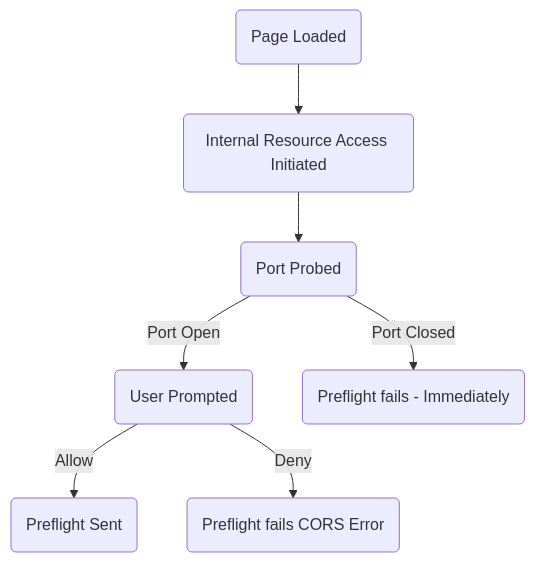
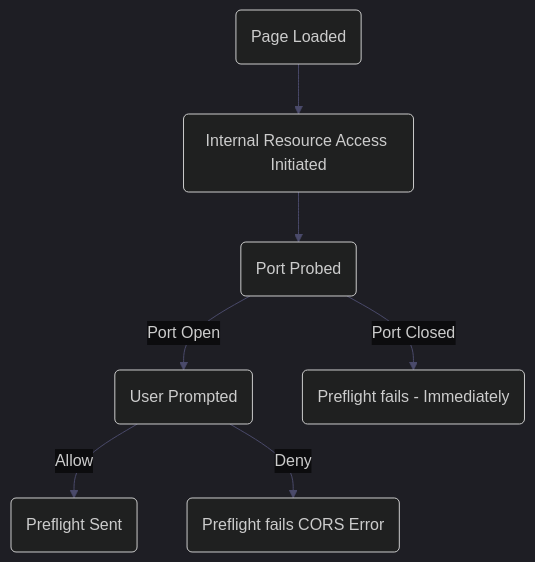
One commit to notnotnotveg/notnotnotveg.github.io changed the diagram in _posts/2010-02-15-placeholder.md. Above: the diagram before and after it, drawn with Mermaid. The commit also changed other lines of this file, not shown here.

```diff
--- a/_posts/2010-02-15-placeholder.md
+++ b/_posts/2010-02-15-placeholder.md
@@ -523,9 +523,10 @@
-<div class="mermaid">
+<div class="mermaid" style="font-family:'Share Tech', sans-serif;">
+%%{init: {'theme': 'dark', 'themeVariables': {'fontFamily': 'Share Tech, sans-serif', 'fontSize': '16px', 'primaryColor': '#111115', 'primaryBorderColor': '#444458', 'primaryTextColor': '#ffffff', 'lineColor': '#4a4a6a', 'edgeLabelBackground': '#0c0c0e', 'tertiaryColor': '#0c0c0e'}}}%%
 graph TD;
     id(Page Loaded) --> id1(Internal Resource Access Initiated)
     id1 --> id2(Port Probed)
     id2 -->|Port Open| id3(User Prompted)
     id2 -->|Port Closed| id4(Preflight fails - Immediately)
     id3 -->|Allow| id5(Preflight Sent)
     id3 -->|Deny| id6(Preflight fails CORS Error)
 </div>
```
